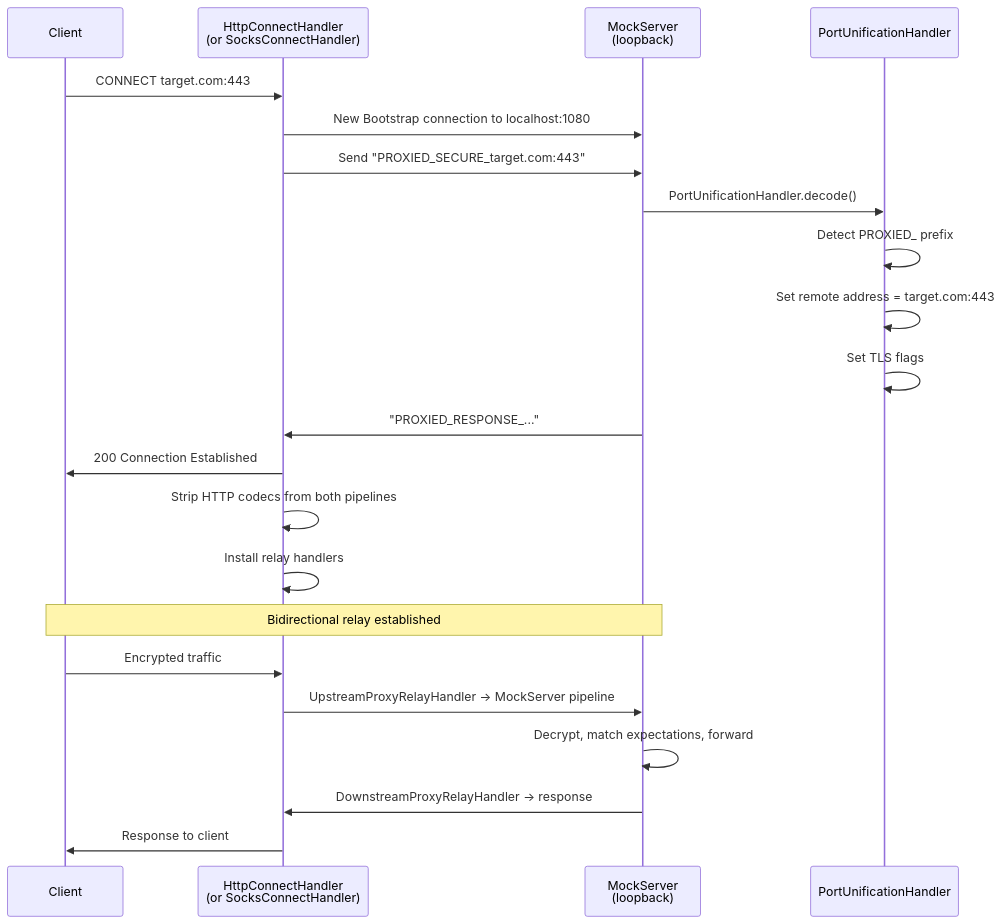
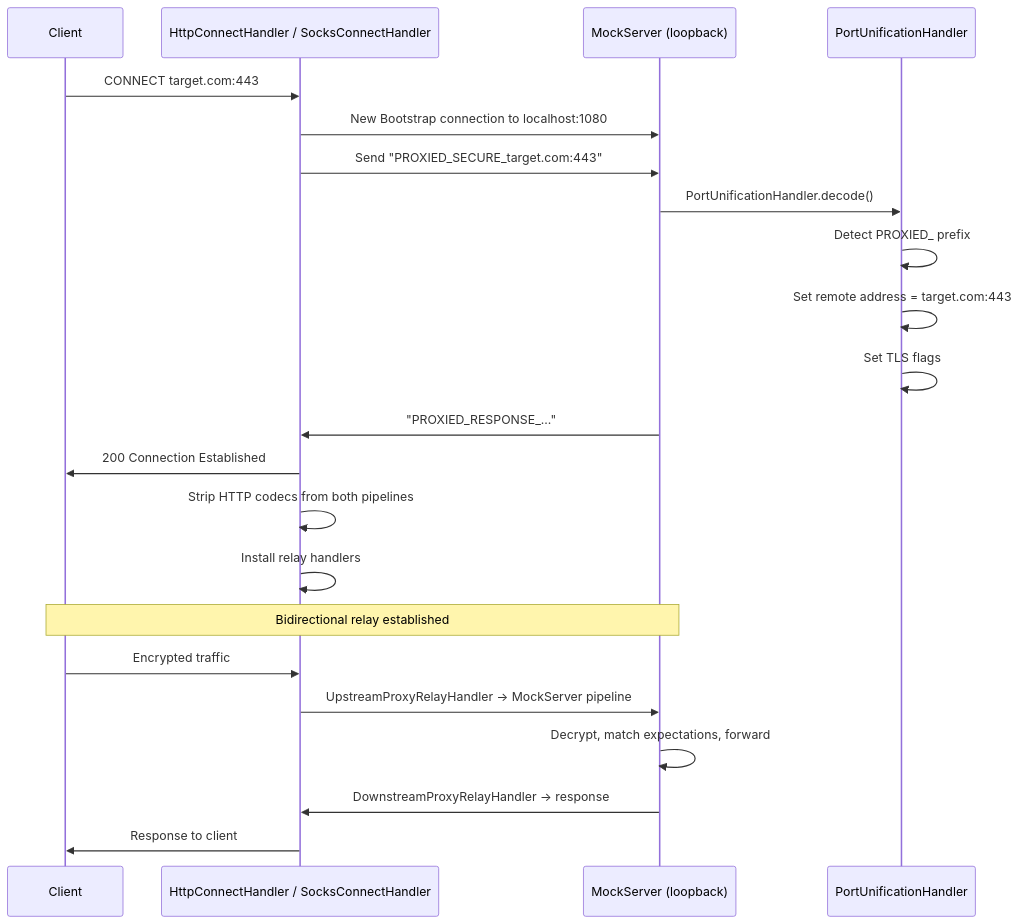
The eighth of 11 diagrams in docs/code/netty-pipeline.md (mock-server/mockserver), drawn with Mermaid before and after one commit. The commit also changed other lines of this file and 21 other files, not shown here.

First line of the commit message:
fix(docs): remove HTML tags from Mermaid diagrams to fix GitHub rendering

````diff
--- a/docs/code/netty-pipeline.md
+++ b/docs/code/netty-pipeline.md
@@ -159,26 +176,26 @@
 ```mermaid
 sequenceDiagram
     participant C as Client
-    participant H as HttpConnectHandler<br/>(or SocksConnectHandler)
-    participant MS as MockServer<br/>(loopback)
+    participant H as HttpConnectHandler / SocksConnectHandler
+    participant MS as MockServer (loopback)
     participant PU as PortUnificationHandler
 
     C->>H: CONNECT target.com:443
     H->>MS: New Bootstrap connection to localhost:1080
     H->>MS: Send "PROXIED_SECURE_target.com:443"
     MS->>PU: PortUnificationHandler.decode()
     PU->>PU: Detect PROXIED_ prefix
     PU->>PU: Set remote address = target.com:443
     PU->>PU: Set TLS flags
     MS->>H: "PROXIED_RESPONSE_..."
     H->>C: 200 Connection Established
     H->>H: Strip HTTP codecs from both pipelines
     H->>H: Install relay handlers
 
     Note over C,MS: Bidirectional relay established
     C->>H: Encrypted traffic
     H->>MS: UpstreamProxyRelayHandler → MockServer pipeline
     MS->>MS: Decrypt, match expectations, forward
     MS->>H: DownstreamProxyRelayHandler → response
     H->>C: Response to client
 ```
````
